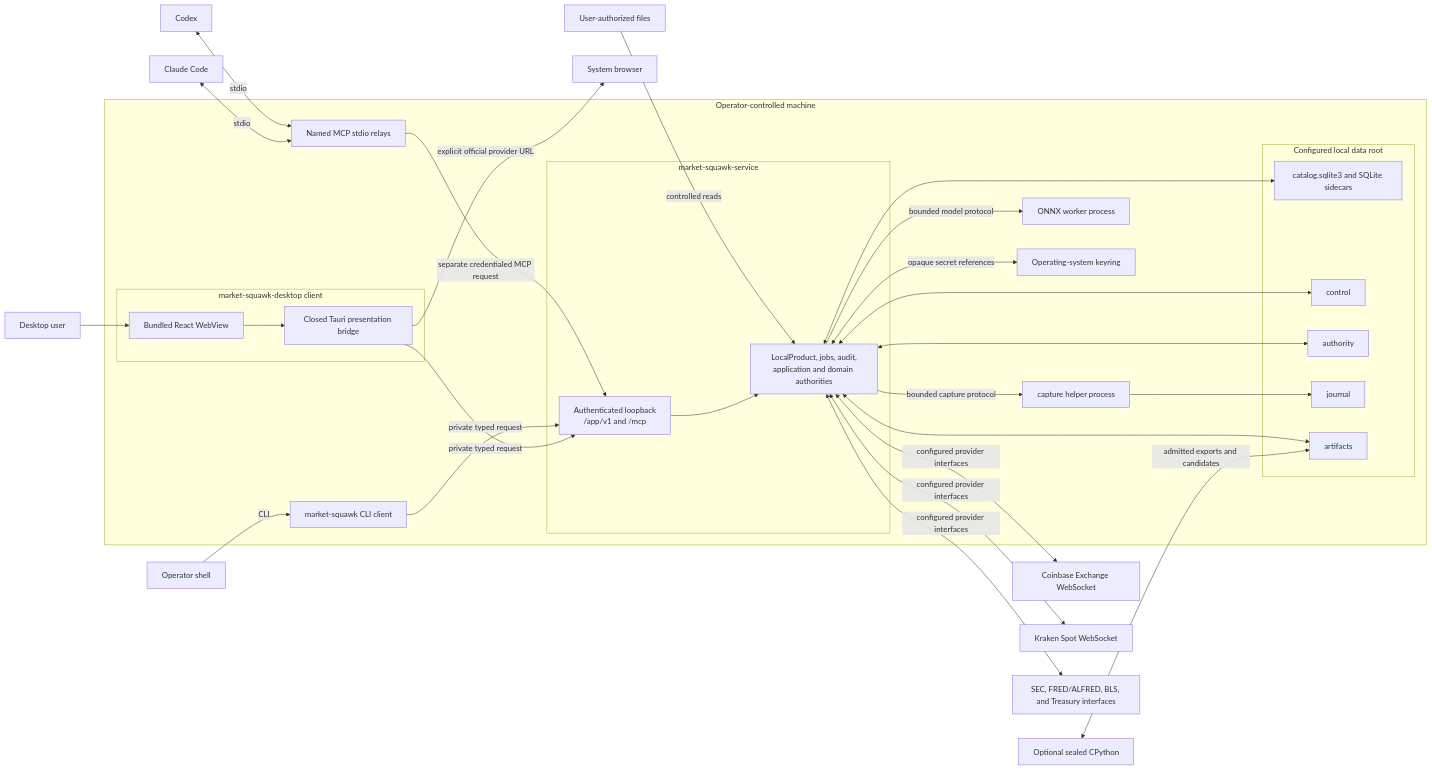
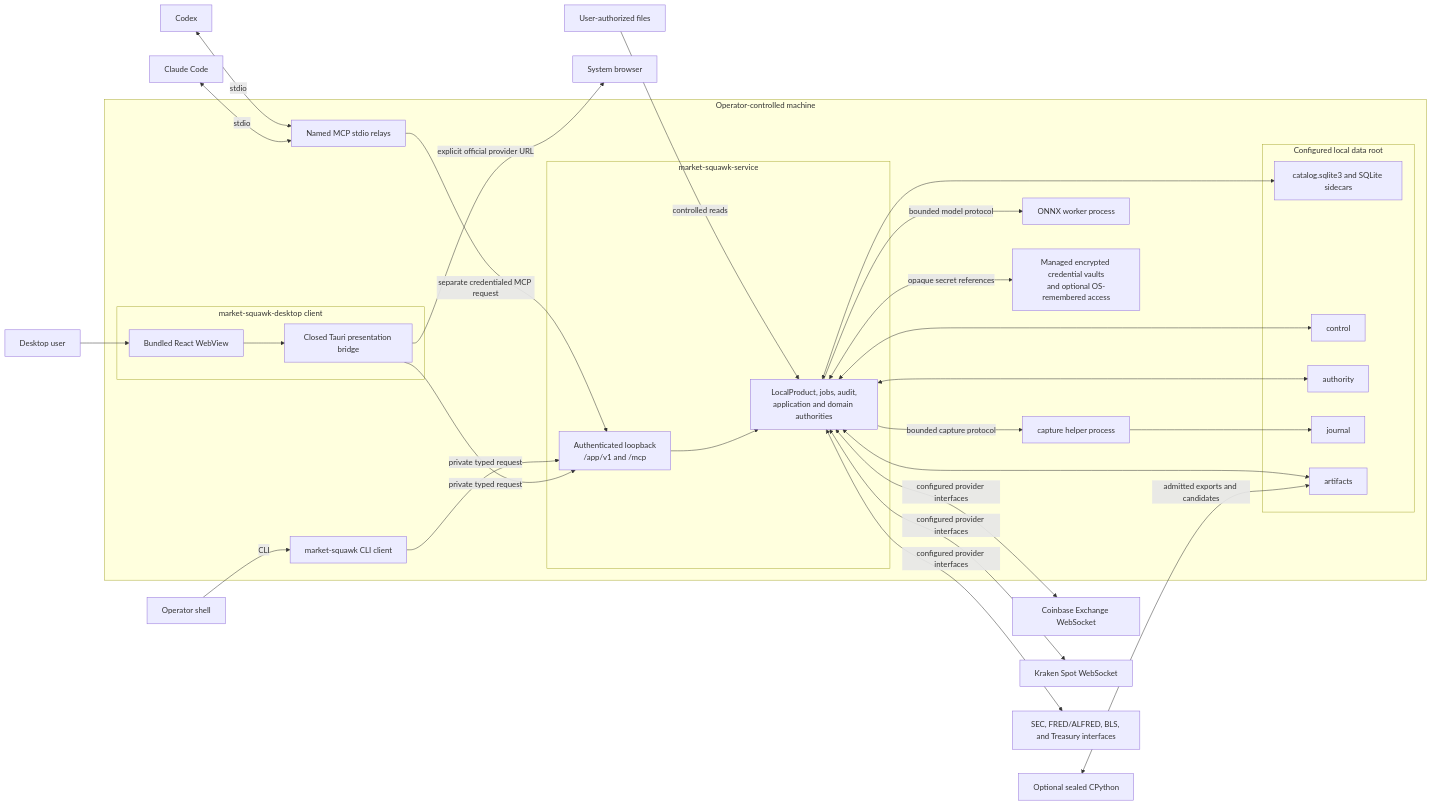
Before and after one commit to Sawmonabo/market-squawk: the first of 2 diagrams in docs/architecture/deployment.md, drawn with Mermaid. The commit also changed other lines of this file and 49 other files, not shown here.

Commit message:
fix(startup): reuse saved access and make application locking optional [skip ci]

````diff
--- a/docs/architecture/deployment.md
+++ b/docs/architecture/deployment.md
@@ -83,62 +83,62 @@
 ```mermaid
 flowchart LR
     DesktopUser["Desktop user"]
     Operator["Operator shell"]
     Claude["Claude Code"]
     Codex["Codex"]
     Browser["System browser"]
     Python["Optional sealed CPython"]
 
     subgraph Host["Operator-controlled machine"]
         subgraph DesktopProcess["market-squawk-desktop client"]
             WebView["Bundled React WebView"]
             Bridge["Closed Tauri presentation bridge"]
             WebView --> Bridge
         end
         subgraph ServiceProcess["market-squawk-service"]
             Runtime["Authenticated loopback\n/app/v1 and /mcp"]
             ServiceMain["LocalProduct, jobs, audit,\napplication and domain authorities"]
             Runtime --> ServiceMain
         end
         CliMain["market-squawk CLI client"]
         Relays["Named MCP stdio relays"]
         Capture["capture helper process"]
         Onnx["ONNX worker process"]
-        Keyring["Operating-system keyring"]
+        Secrets["Managed encrypted credential vaults\nand optional OS-remembered access"]
 
         subgraph DataRoot["Configured local data root"]
             Catalog["catalog.sqlite3 and SQLite sidecars"]
             Control["control"]
             Authority["authority"]
             Journal["journal"]
             Artifacts["artifacts"]
         end
     end
 
     Coinbase["Coinbase Exchange WebSocket"]
     Kraken["Kraken Spot WebSocket"]
     Official["SEC, FRED/ALFRED, BLS, and Treasury interfaces"]
     Inputs["User-authorized files"]
 
     DesktopUser --> WebView
     Operator -->|"CLI"| CliMain
     Claude <-->|"stdio"| Relays
     Codex <-->|"stdio"| Relays
     Bridge -->|"private typed request"| Runtime
     CliMain -->|"private typed request"| Runtime
     Relays -->|"separate credentialed MCP request"| Runtime
     Bridge -->|"explicit official provider URL"| Browser
     Python <-->|"admitted exports and candidates"| Artifacts
     ServiceMain <-->|"configured provider interfaces"| Coinbase
     ServiceMain <-->|"configured provider interfaces"| Kraken
     ServiceMain <-->|"configured provider interfaces"| Official
     Inputs -->|"controlled reads"| ServiceMain
-    ServiceMain <-->|"opaque secret references"| Keyring
+    ServiceMain <-->|"opaque secret references"| Secrets
     ServiceMain -->|"bounded capture protocol"| Capture
     Capture --> Journal
     ServiceMain -->|"bounded model protocol"| Onnx
     ServiceMain <--> Catalog
     ServiceMain <--> Control
     ServiceMain <--> Authority
     ServiceMain <--> Artifacts
 ```
````
